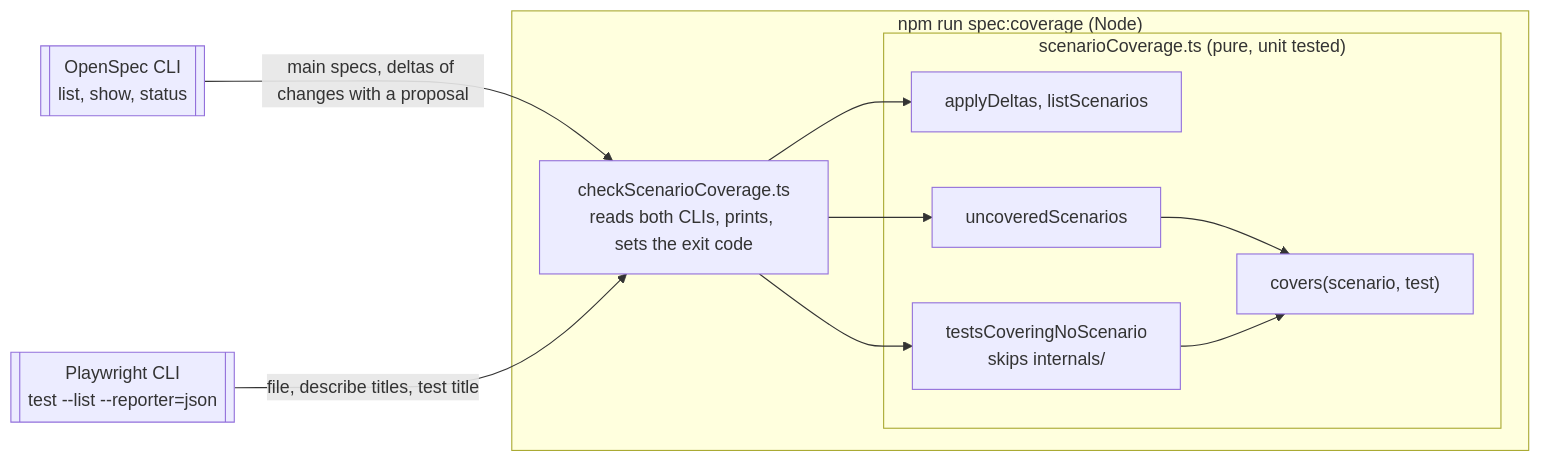
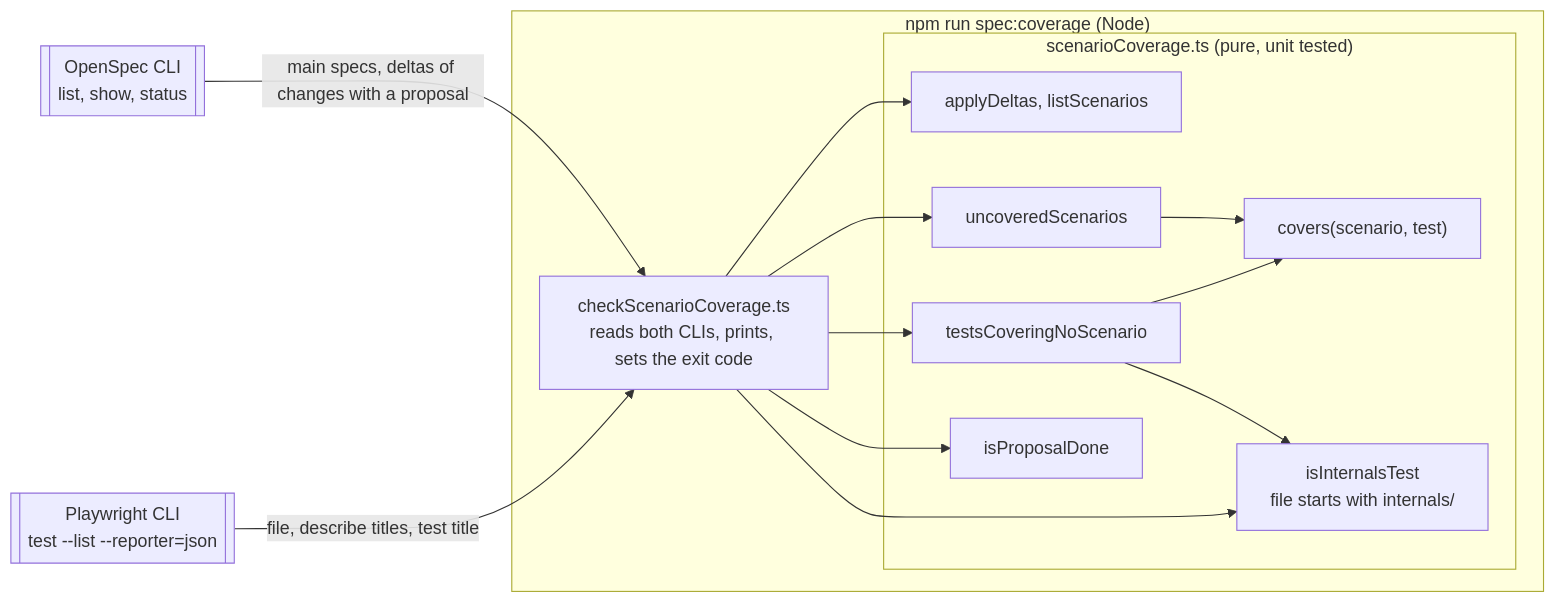
Before and after one commit to jirikrucek/ricochet-app: the diagram in openspec/changes/trace-e2e-tests-to-spec-scenarios/design.md, drawn with Mermaid. The commit also changed other lines of this file and 7 other files, not shown here.

````diff
--- a/openspec/changes/trace-e2e-tests-to-spec-scenarios/design.md
+++ b/openspec/changes/trace-e2e-tests-to-spec-scenarios/design.md
@@ -39,21 +39,26 @@
 ```mermaid
 flowchart LR
   openspec[["OpenSpec CLI<br/>list, show, status"]]
   playwright[["Playwright CLI<br/>test --list --reporter=json"]]
   subgraph check ["npm run spec:coverage (Node)"]
     wrapper["checkScenarioCoverage.ts<br/>reads both CLIs, prints, sets the exit code"]
     subgraph core ["scenarioCoverage.ts (pure, unit tested)"]
       deltas["applyDeltas, listScenarios"]
       covers["covers(scenario, test)"]
       fwd["uncoveredScenarios"]
-      rev["testsCoveringNoScenario<br/>skips internals/"]
+      rev["testsCoveringNoScenario"]
+      internals["isInternalsTest<br/>file starts with internals/"]
+      proposal["isProposalDone"]
     end
   end
   openspec -- "main specs, deltas of changes with a proposal" --> wrapper
   playwright -- "file, describe titles, test title" --> wrapper
   wrapper --> deltas
   wrapper --> fwd
   wrapper --> rev
+  wrapper --> proposal
+  wrapper --> internals
   fwd --> covers
   rev --> covers
+  rev --> internals
 ```
````
